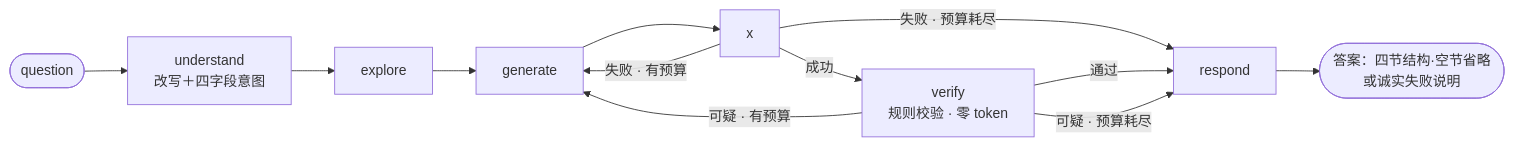
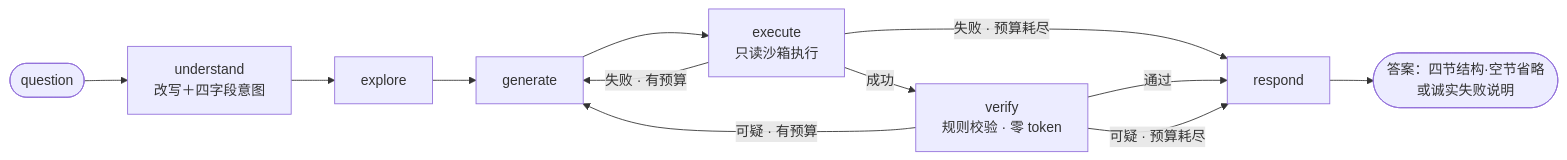
Before and after one commit to young-0818/qadata: the diagram in README.md, drawn with Mermaid. The commit also changed other lines of this file, not shown here.

Commit message:
docs: README 细节五修——mermaid execute 节点补标签（原渲染为裸「x」）、删对外无锚点的历史注记（--evidence/分路径/非即见自指句）、复现措辞对齐实况

````diff
--- a/README.md
+++ b/README.md
@@ -56,14 +56,14 @@
 ```mermaid
 flowchart LR
     q([question]) --> u[understand<br/>改写＋四字段意图]
     u --> e[explore]
     e --> g[generate]
-    g --> x
+    g --> x[execute<br/>只读沙箱执行]
     x -->|成功| v[verify<br/>规则校验 · 零 token]
     x -->|失败 · 有预算| g
     x -->|失败 · 预算耗尽| r[respond]
     v -->|通过| r
     v -->|可疑 · 有预算| g
     v -->|可疑 · 预算耗尽| r
     r --> a([答案：四节结构·空节省略<br/>或诚实失败说明])
 ```
````
